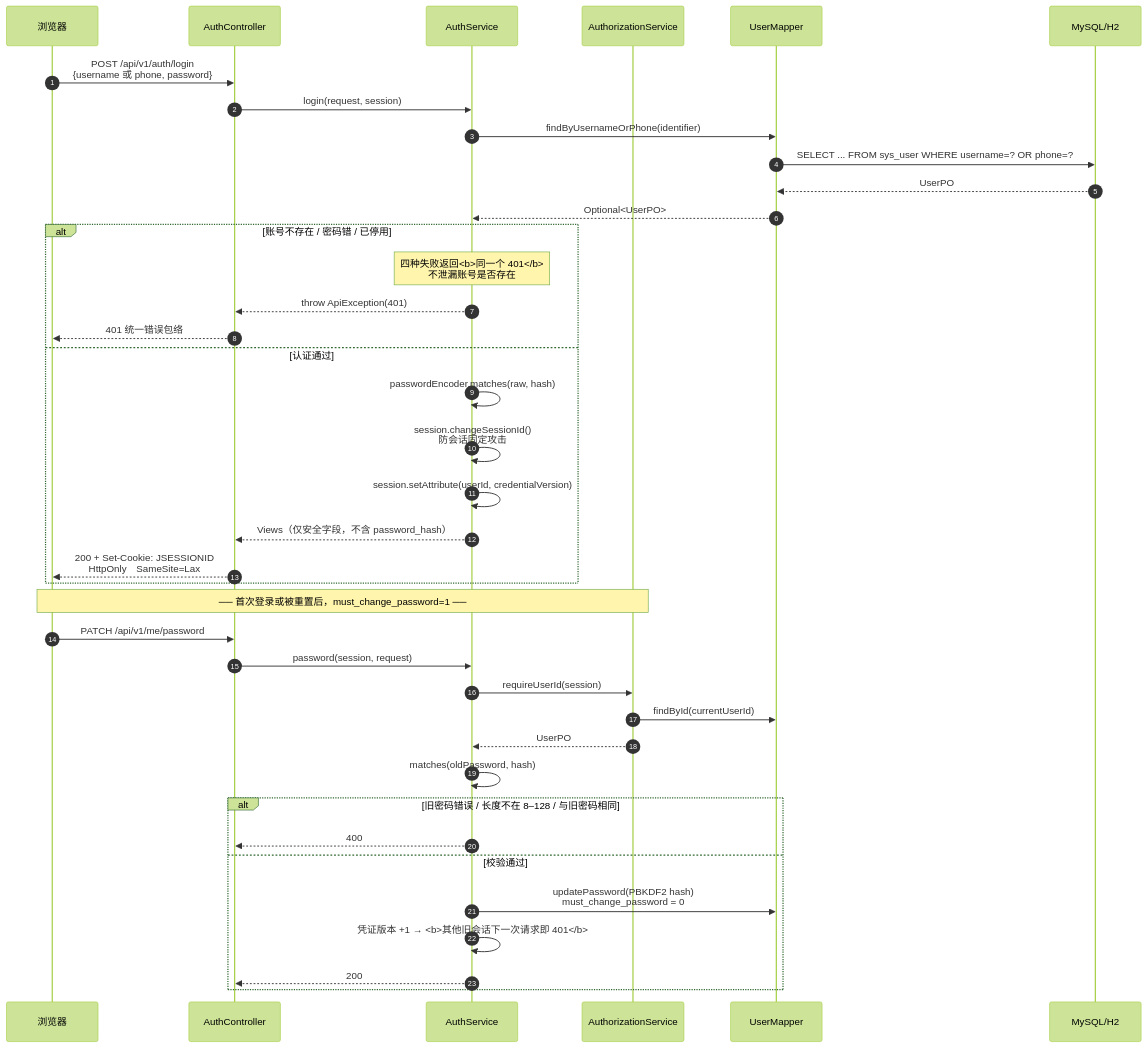
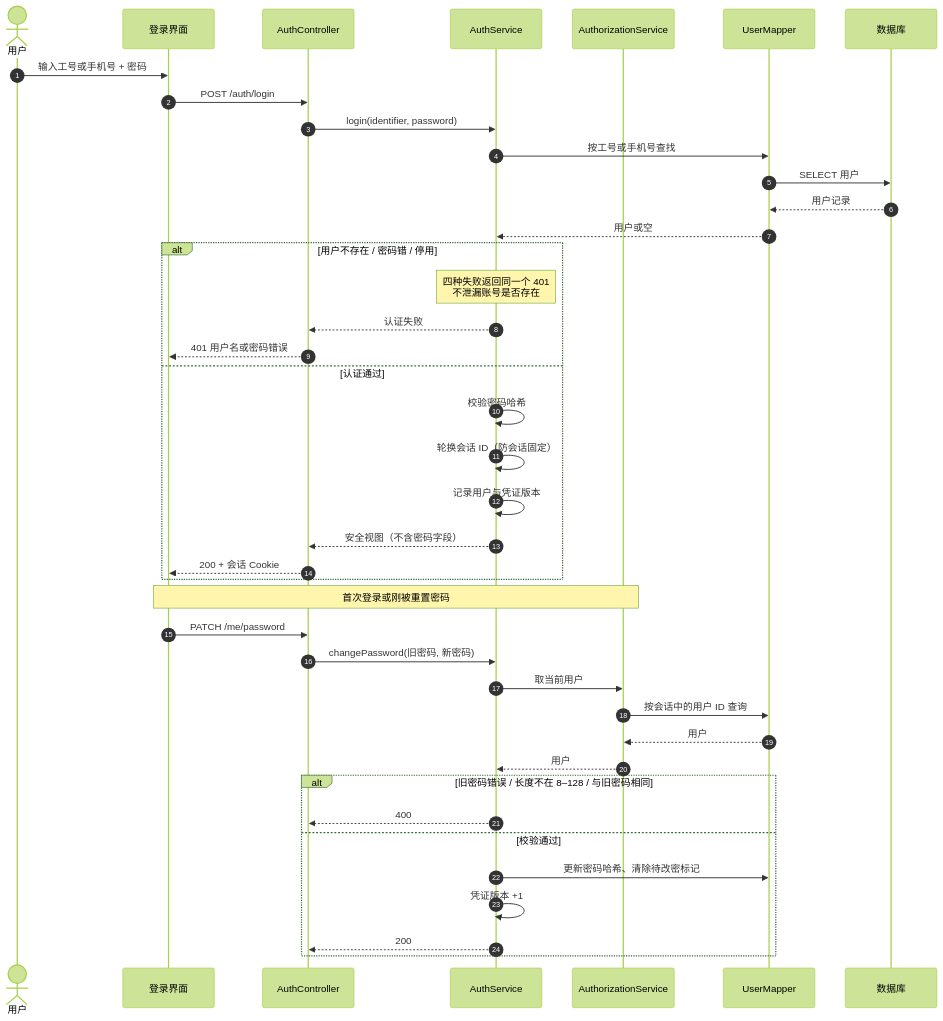
Before and after one commit to wenjiu-leng66/OO-d: the first of 6 diagrams in docs/uml/sequence-diagrams.md, drawn with Mermaid (forest theme). The commit also changed other lines of this file and 4 other files, not shown here.

First line of the commit message:
docs(uml): 按需求驱动重做模型与设计图

````diff
--- a/docs/uml/sequence-diagrams.md
+++ b/docs/uml/sequence-diagrams.md
@@ -12,45 +31,48 @@
 ```mermaid
 sequenceDiagram
   autonumber
-  participant B as 浏览器
+  actor U as 用户
+  participant B as 登录界面
   participant C as AuthController
   participant S as AuthService
   participant A as AuthorizationService
   participant M as UserMapper
-  participant DB as MySQL/H2
+  participant DB as 数据库
 
-  B->>C: POST /api/v1/auth/login<br/>{username 或 phone, password}
-  C->>S: login(request, session)
-  S->>M: findByUsernameOrPhone(identifier)
-  M->>DB: SELECT ... FROM sys_user WHERE username=? OR phone=?
-  DB-->>M: UserPO
-  M-->>S: Optional<UserPO>
+  U->>B: 输入工号或手机号 + 密码
+  B->>C: POST /auth/login
+  C->>S: login(identifier, password)
+  S->>M: 按工号或手机号查找
+  M->>DB: SELECT 用户
+  DB-->>M: 用户记录
+  M-->>S: 用户或空
 
-  alt 账号不存在 / 密码错 / 已停用
-    Note over S: 四种失败返回<b>同一个 401</b><br/>不泄漏账号是否存在
-    S-->>C: throw ApiException(401)
-    C-->>B: 401 统一错误包络
+  alt 用户不存在 / 密码错 / 停用
+    Note over S: 四种失败返回同一个 401<br/>不泄漏账号是否存在
+    S-->>C: 认证失败
+    C-->>B: 401 用户名或密码错误
   else 认证通过
-    S->>S: passwordEncoder.matches(raw, hash)
-    S->>S: session.changeSessionId()<br/>防会话固定攻击
-    S->>S: session.setAttribute(userId, credentialVersion)
-    S-->>C: Views（仅安全字段，不含 password_hash）
-    C-->>B: 200 + Set-Cookie: JSESSIONID<br/>HttpOnly　SameSite=Lax
+    S->>S: 校验密码哈希
+    S->>S: 轮换会话 ID（防会话固定）
+    S->>S: 记录用户与凭证版本
+    S-->>C: 安全视图（不含密码字段）
+    C-->>B: 200 + 会话 Cookie
   end
 
-  Note over B,A: ── 首次登录或被重置后，must_change_password=1 ──
+  Note over B,A: 首次登录或刚被重置密码
 
-  B->>C: PATCH /api/v1/me/password
-  C->>S: password(session, request)
-  S->>A: requireUserId(session)
-  A->>M: findById(currentUserId)
-  A-->>S: UserPO
-  S->>S: matches(oldPassword, hash)
+  B->>C: PATCH /me/password
+  C->>S: changePassword(旧密码, 新密码)
+  S->>A: 取当前用户
+  A->>M: 按会话中的用户 ID 查询
+  M-->>A: 用户
+  A-->>S: 用户
+
   alt 旧密码错误 / 长度不在 8–128 / 与旧密码相同
     S-->>C: 400
   else 校验通过
-    S->>M: updatePassword(PBKDF2 hash)<br/>must_change_password = 0
-    S->>S: 凭证版本 +1 → <b>其他旧会话下一次请求即 401</b>
+    S->>M: 更新密码哈希、清除待改密标记
+    S->>S: 凭证版本 +1
     S-->>C: 200
   end
 ```
````
